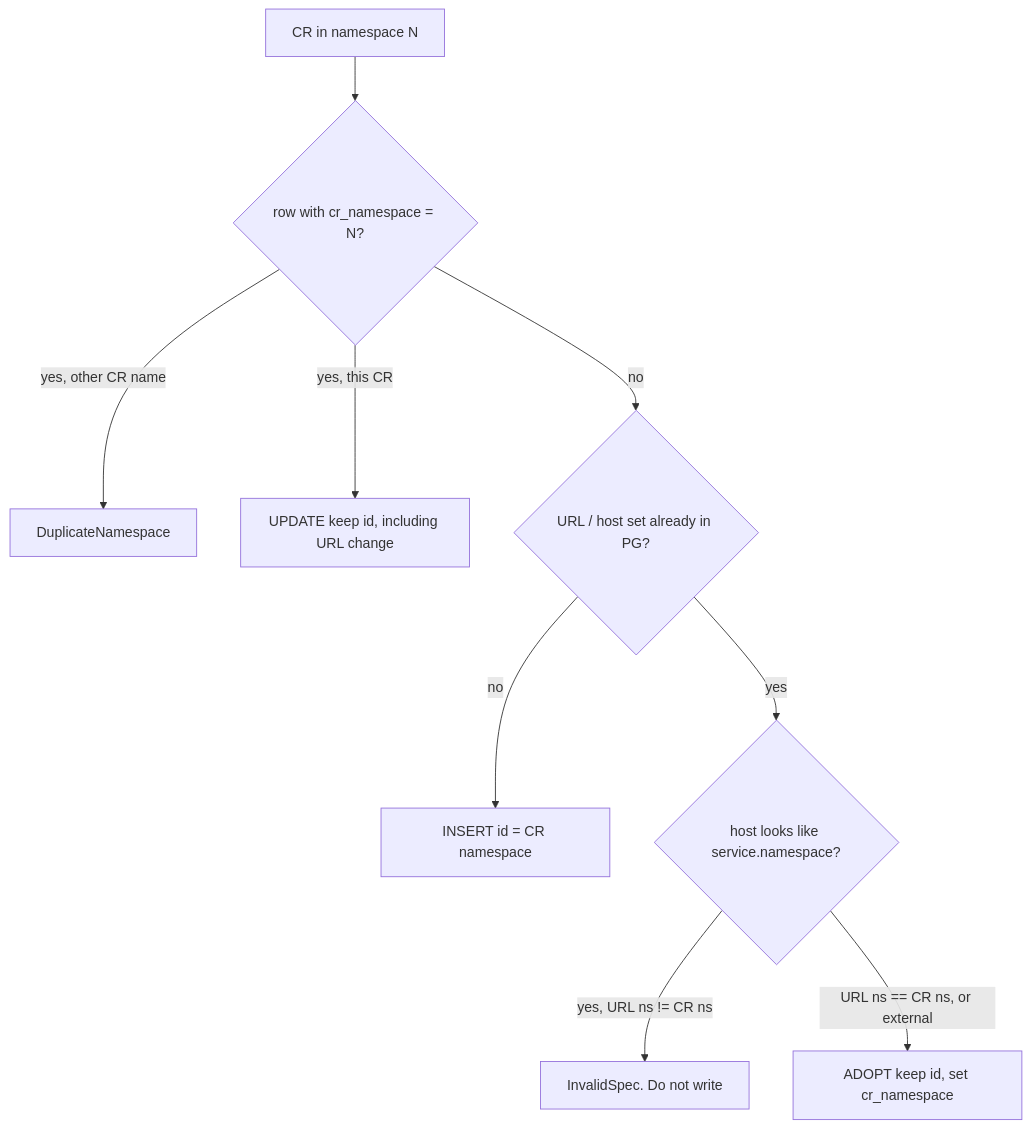
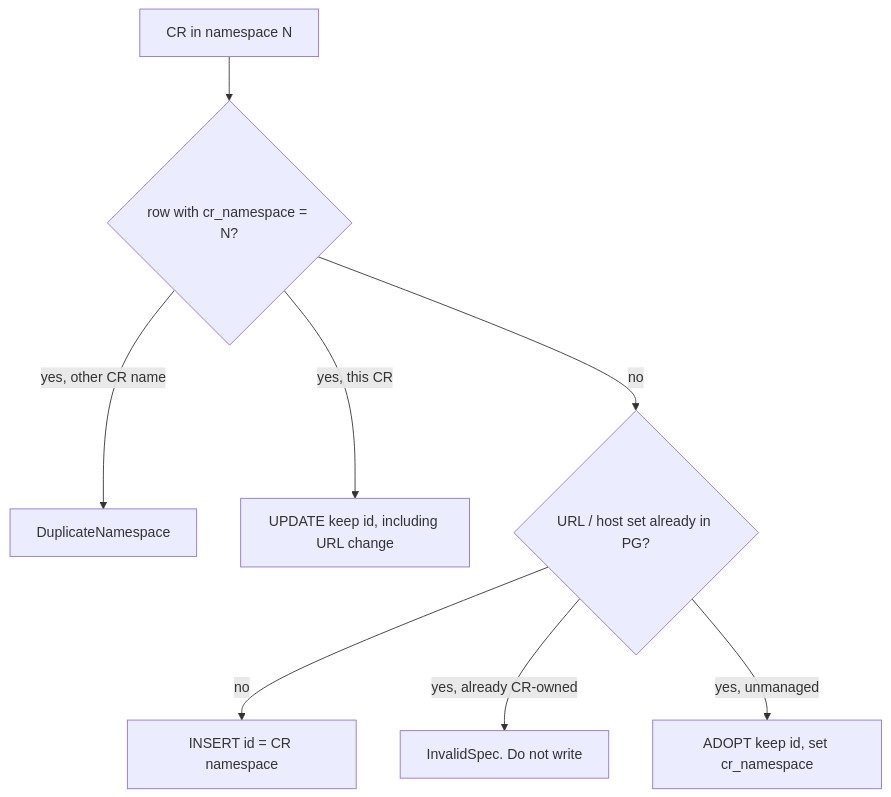
Before and after one commit to Netcracker/qubership-maas: the ninth of 13 diagrams in docs/operator_design.md, drawn with Mermaid. The commit also changed other lines of this file and 11 other files, not shown here.

````diff
--- a/docs/operator_design.md
+++ b/docs/operator_design.md
@@ -1192,12 +1195,11 @@
 ```mermaid
 flowchart TD
   cr["CR in namespace N"]
   cr --> own{"row with cr_namespace = N?"}
   own -->|"yes, other CR name"| dup["DuplicateNamespace"]
   own -->|"yes, this CR"| upd["UPDATE keep id, including URL change"]
   own -->|no| url{"URL / host set already in PG?"}
   url -->|no| ins["INSERT id = CR namespace"]
-  url -->|yes| k8s{"host looks like service.namespace?"}
-  k8s -->|"yes, URL ns != CR ns"| deny["InvalidSpec. Do not write"]
-  k8s -->|"URL ns == CR ns, or external"| adopt["ADOPT keep id, set cr_namespace"]
+  url -->|"yes, already CR-owned"| deny["InvalidSpec. Do not write"]
+  url -->|"yes, unmanaged"| adopt["ADOPT keep id, set cr_namespace"]
 ```
````
